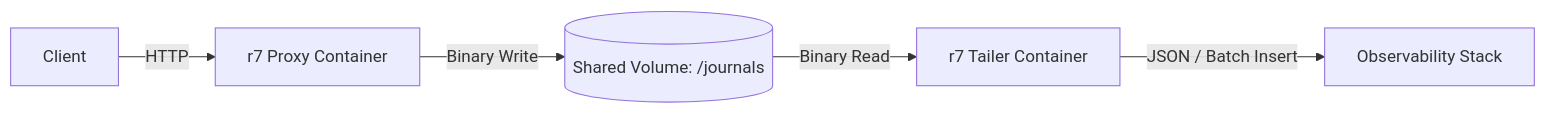
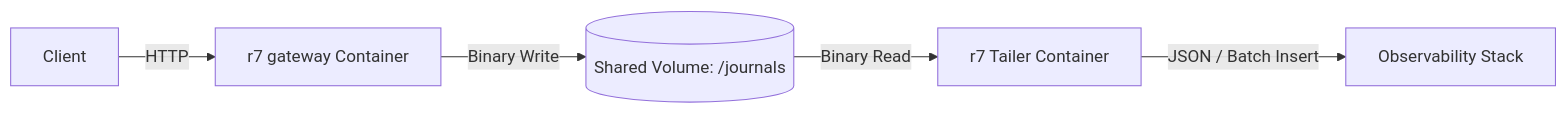
One commit to ethlo/r7 changed the diagram in docs/journaling.md. Above: the diagram before and after it, drawn with Mermaid. The commit also changed other lines of this file and 59 other files, not shown here.

````diff
--- a/docs/journaling.md
+++ b/docs/journaling.md
@@ -11,8 +11,8 @@
 ```mermaid
 graph LR
-    Client -->|HTTP| R7[r7 Proxy Container]
+    Client -->|HTTP| R7[r7 gateway Container]
     R7 -->|Binary Write| Vol[(Shared Volume: /journals)]
     Vol -->|Binary Read| Tailer[r7 Tailer Container]
     Tailer -->|JSON / Batch Insert| Ops[Observability Stack]
 
 ```
````
